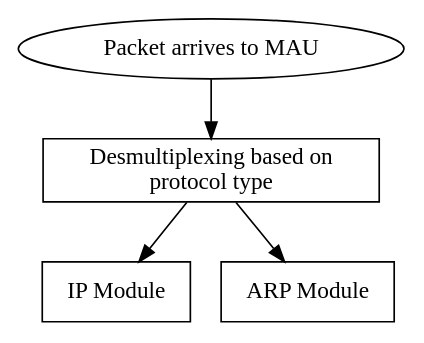
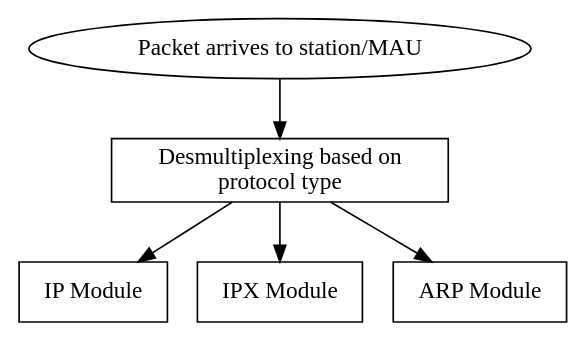
One commit to martinspedro/RT-Notes changed the diagram in pictures/protocol_demultiplexing.dot. Above: the diagram before and after it, drawn with Graphviz. The commit also changed 2 other files, not shown here.

```diff
--- a/pictures/protocol_demultiplexing.dot
+++ b/pictures/protocol_demultiplexing.dot
@@ -1,9 +1,10 @@
 digraph protcolo_demultiplexing {
-	"Packet arrives to MAU" -> a
+	"Packet arrives to station/MAU" -> a
 
 	node [shape=box]
 	a [label="Desmultiplexing based on\n protocol type", shape=box]
 	a -> "IP Module" 
+	a -> "IPX Module"
 	a -> "ARP Module" 
 
 }
```
